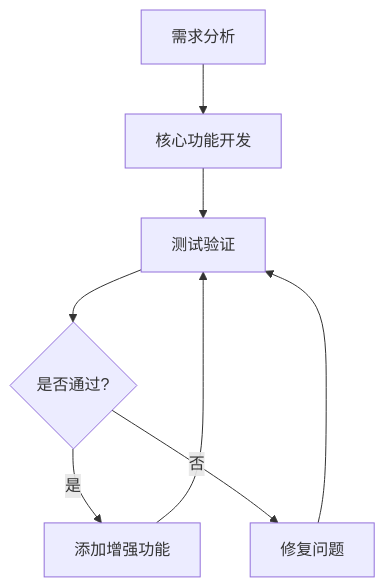
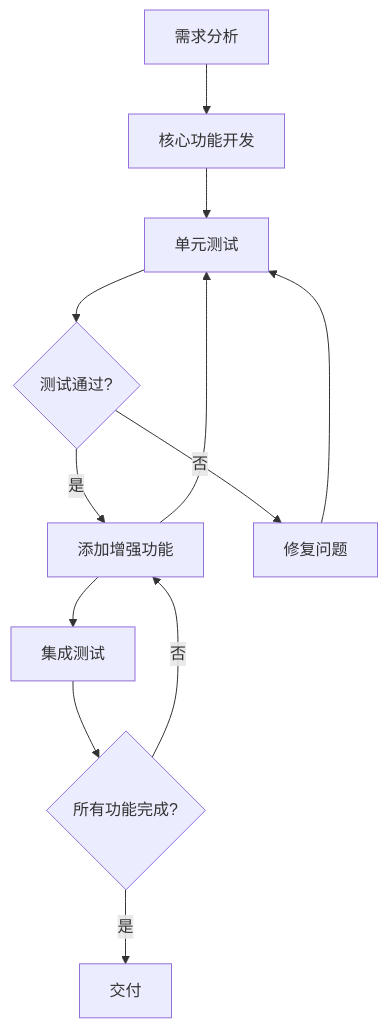
One commit to Licus7/FlowerC changed the tenth of 10 diagrams in Python学习网站第一版/FlowerC文档/Study guidev1.0(FlowerC)/study guidev1.0.md. Above: the diagram before and after it, drawn with Mermaid. The commit also changed other lines of this file, not shown here.

````diff
--- a/Python学习网站第一版/FlowerC文档/Study guidev1.0(FlowerC)/study guidev1.0.md
+++ b/Python学习网站第一版/FlowerC文档/Study guidev1.0(FlowerC)/study guidev1.0.md
@@ -956,10 +1567,14 @@
 ```mermaid
 graph TD
     A[需求分析] --> B[核心功能开发]
-    B --> C[测试验证]
-    C --> D{是否通过?}
+    B --> C[单元测试]
+    C --> D{测试通过?}
     D -->|是| E[添加增强功能]
     D -->|否| F[修复问题]
     E --> C
     F --> C
+    E --> G[集成测试]
+    G --> H{所有功能完成?}
+    H -->|是| I[交付]
+    H -->|否| E
 ```
````
